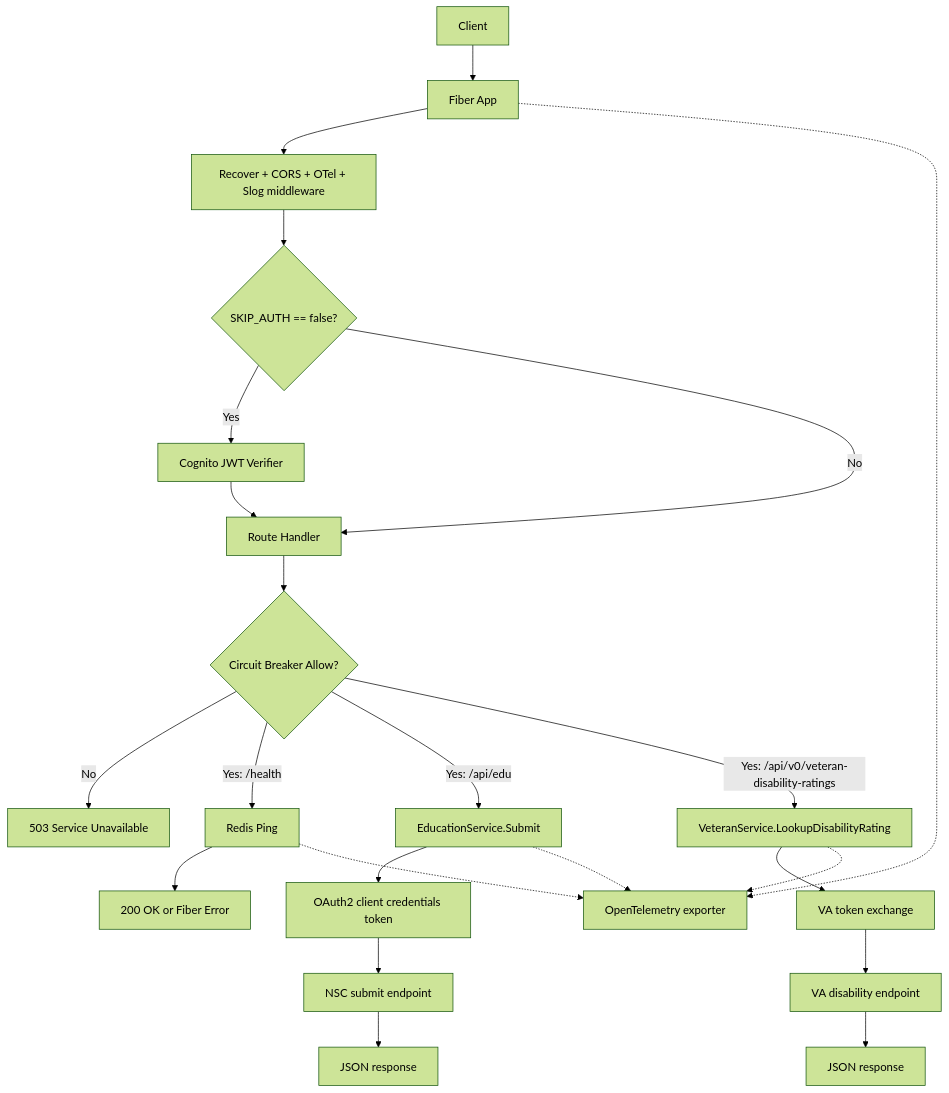
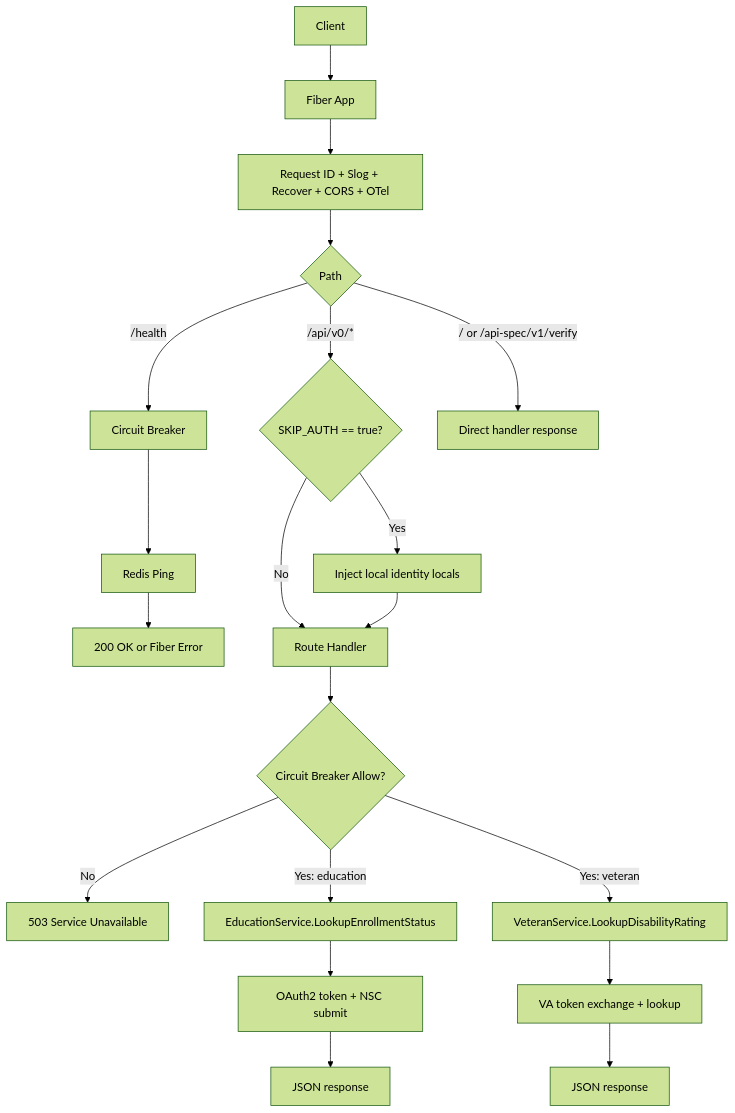
One commit to CMSgov/emmy-api changed the diagram in docs/overview.md. Above: the diagram before and after it, drawn with Mermaid (forest theme). The commit also changed other lines of this file and 11 other files, not shown here.

````diff
--- a/docs/overview.md
+++ b/docs/overview.md
@@ -49,30 +49,22 @@
 ```mermaid
 flowchart TD
     A[Client] --> B[Fiber App]
-    B --> C[Recover + CORS + OTel + Slog middleware]
-    C --> D{SKIP_AUTH == false?}
-    D -->|Yes| E[Cognito JWT Verifier]
-    D -->|No| F[Route Handler]
-    E --> F
-
-    F --> G{Circuit Breaker Allow?}
-    G -->|No| H[503 Service Unavailable]
-
-    G -->|Yes: /health| I[Redis Ping]
-    I --> J[200 OK or Fiber Error]
-
-    G -->|Yes: /api/edu| K[EducationService.Submit]
-    K --> L[OAuth2 client credentials token]
-    L --> M[NSC submit endpoint]
-    M --> N[JSON response]
-
-    G -->|Yes: /api/v0/veteran-disability-ratings| V[VeteranService.LookupDisabilityRating]
-    V --> W[VA token exchange]
-    W --> X[VA disability endpoint]
-    X --> Y[JSON response]
-
-    B -.-> O[OpenTelemetry exporter]
-    I -.-> O
-    K -.-> O
-    V -.-> O
+    B --> C[Request ID + Slog + Recover + CORS + OTel]
+    C --> D{Path}
+    D -->|/health| E[Circuit Breaker]
+    E --> F[Redis Ping]
+    F --> G[200 OK or Fiber Error]
+    D -->|/api/v0/*| H{SKIP_AUTH == true?}
+    H -->|Yes| I[Inject local identity locals]
+    H -->|No| J[Route Handler]
+    I --> J
+    J --> K{Circuit Breaker Allow?}
+    K -->|No| L[503 Service Unavailable]
+    K -->|Yes: education| M[EducationService.LookupEnrollmentStatus]
+    M --> N[OAuth2 token + NSC submit]
+    N --> O[JSON response]
+    K -->|Yes: veteran| P[VeteranService.LookupDisabilityRating]
+    P --> Q[VA token exchange + lookup]
+    Q --> R[JSON response]
+    D -->|/ or /api-spec/v1/verify| S[Direct handler response]
 ```
````
